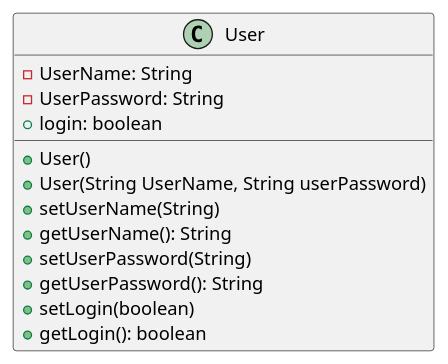
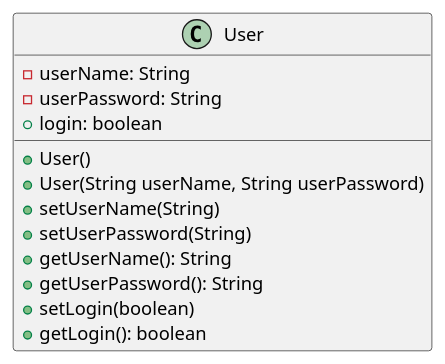
One commit to mmasias/progra2-22-23 changed the diagram in ejercicios/soluciones/EX002UserManagement/docs/EX002UserManagement.puml. Above: the diagram before and after it, drawn with PlantUML. The commit also changed 47 other files, not shown here.

```diff
--- a/ejercicios/soluciones/EX002UserManagement/docs/EX002UserManagement.puml
+++ b/ejercicios/soluciones/EX002UserManagement/docs/EX002UserManagement.puml
@@ -1,15 +1,15 @@
 @startuml
-Class User {
-    -UserName: String
-    -UserPassword: String
+class User {
+    -userName: String
+    -userPassword: String
     +login: boolean
     +User()
-    +User(String UserName, String userPassword)
+    +User(String userName, String userPassword)
     +setUserName(String)
+    +setUserPassword(String)
     +getUserName(): String
-    +setUserPassword(String)
     +getUserPassword(): String
     +setLogin(boolean)
     +getLogin(): boolean
 }
 @enduml
```
